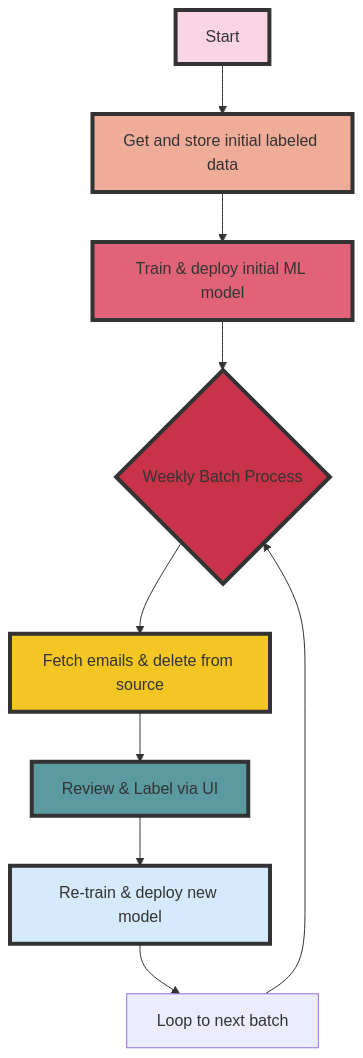
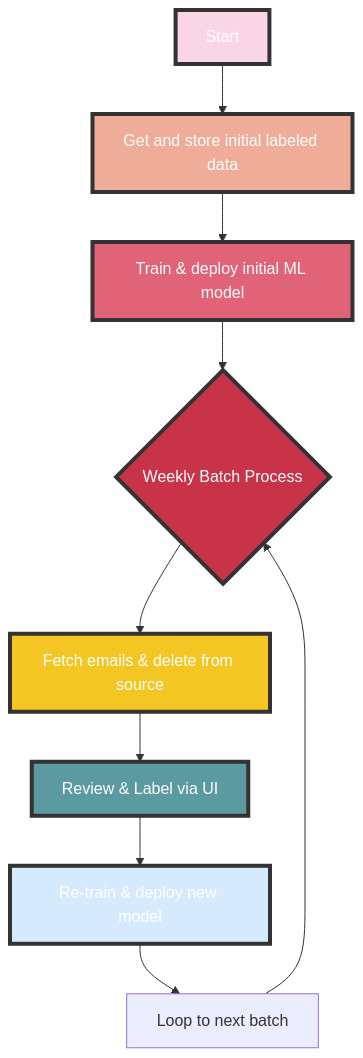
Before and after one commit to ugm2/email-discriminator: the diagram in README.md, drawn with Mermaid.

Commit message:
Mermaid diagram

````diff
--- a/README.md
+++ b/README.md
@@ -43,29 +43,29 @@
 ```mermaid
 graph TD
 
-    style A fill:#f9d5e5,stroke:#333,stroke-width:4px;
-    style B fill:#eeac99,stroke:#333,stroke-width:4px;
-    style C fill:#e06377,stroke:#333,stroke-width:4px;
-    style D fill:#c83349,stroke:#333,stroke-width:4px;
-    style E fill:#5b9aa0,stroke:#333,stroke-width:4px;
-    style F fill:#d6eafd,stroke:#333,stroke-width:4px;
-    style H fill:#f3c623,stroke:#333,stroke-width:4px;
+    style A fill:#f9d5e5,stroke:#333,stroke-width:4px, color:#FFF;
+    style B fill:#eeac99,stroke:#333,stroke-width:4px, color:#FFF;
+    style C fill:#e06377,stroke:#333,stroke-width:4px, color:#FFF;
+    style D fill:#c83349,stroke:#333,stroke-width:4px, color:#FFF;
+    style E fill:#5b9aa0,stroke:#333,stroke-width:4px, color:#FFF;
+    style F fill:#d6eafd,stroke:#333,stroke-width:4px, color:#FFF;
+    style H fill:#f3c623,stroke:#333,stroke-width:4px, color:#FFF;
 
     A[Start]
     B[Get and store initial labeled data]
     C[Train & deploy initial ML model]
     D{Weekly Batch Process}
     H[Fetch emails & delete from source]
     E[Review & Label via UI]
     F[Re-train & deploy new model]
     G[Loop to next batch]
 
     A --> B
     B --> C
     C --> D
     D --> H
     H --> E
     E --> F
     F --> G
     G --> D
 ```
````
